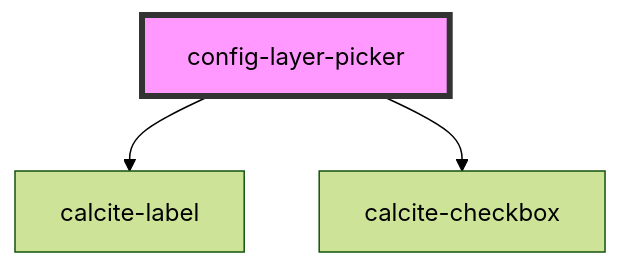
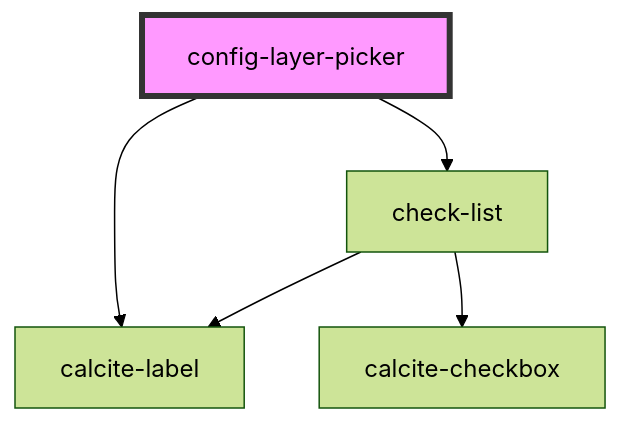
One commit to Esri/solutions-components changed the diagram in src/components/config-layer-picker/readme.md. Above: the diagram before and after it, drawn with Mermaid (forest theme). The commit also changed other lines of this file and 3 other files, not shown here.

Commit message:
use check list from config pdf download

````diff
--- a/src/components/config-layer-picker/readme.md
+++ b/src/components/config-layer-picker/readme.md
@@ -37,6 +37,8 @@
 ```mermaid
 graph TD;
   config-layer-picker --> calcite-label
-  config-layer-picker --> calcite-checkbox
+  config-layer-picker --> check-list
+  check-list --> calcite-label
+  check-list --> calcite-checkbox
   style config-layer-picker fill:#f9f,stroke:#333,stroke-width:4px
 ```
````
